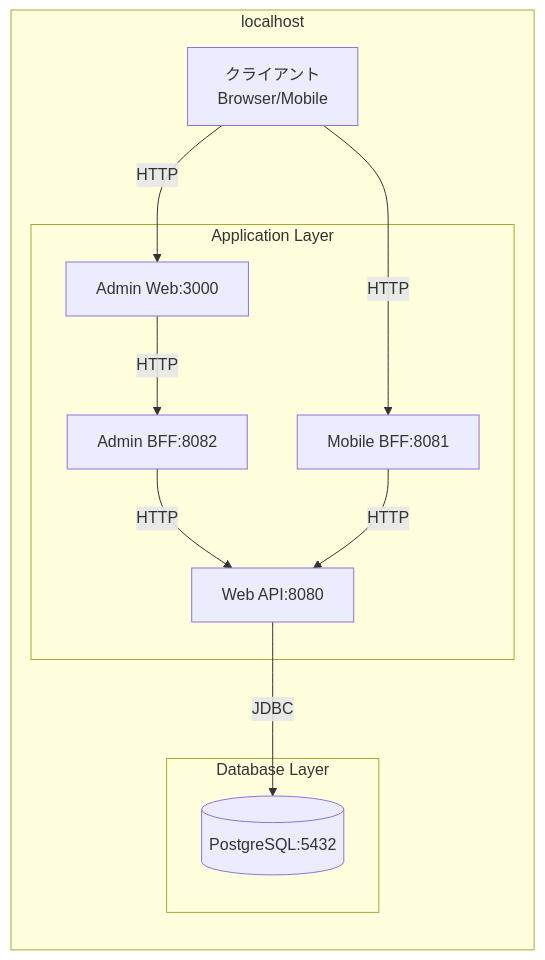
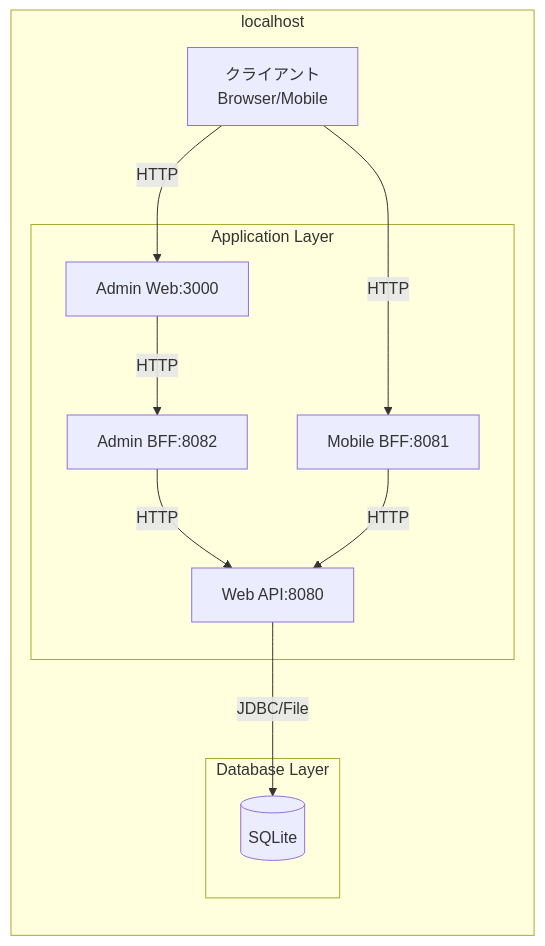
The second of 3 diagrams in docs/architecture/06-infrastructure.md (Takas0522/ws-demo-mobile-app), drawn with Mermaid before and after one commit. The commit also changed other lines of this file and 42 other files, not shown here.

First line of the commit message:
docs: update all PostgreSQL references to SQLite

````diff
--- a/docs/architecture/06-infrastructure.md
+++ b/docs/architecture/06-infrastructure.md
@@ -325,24 +307,24 @@
 ```mermaid
 graph LR
     subgraph "localhost"
         Client[クライアント<br/>Browser/Mobile]
         
         subgraph "Application Layer"
             AdminWeb[Admin Web:3000]
             AdminBFF[Admin BFF:8082]
             MobileBFF[Mobile BFF:8081]
             WebAPI[Web API:8080]
         end
         
         subgraph "Database Layer"
-            DB[(PostgreSQL:5432)]
+            DB[(SQLite)]
         end
     end
     
     Client -->|HTTP| AdminWeb
     Client -->|HTTP| MobileBFF
     AdminWeb -->|HTTP| AdminBFF
     AdminBFF -->|HTTP| WebAPI
     MobileBFF -->|HTTP| WebAPI
-    WebAPI -->|JDBC| DB
+    WebAPI -->|JDBC/File| DB
 ```
````
